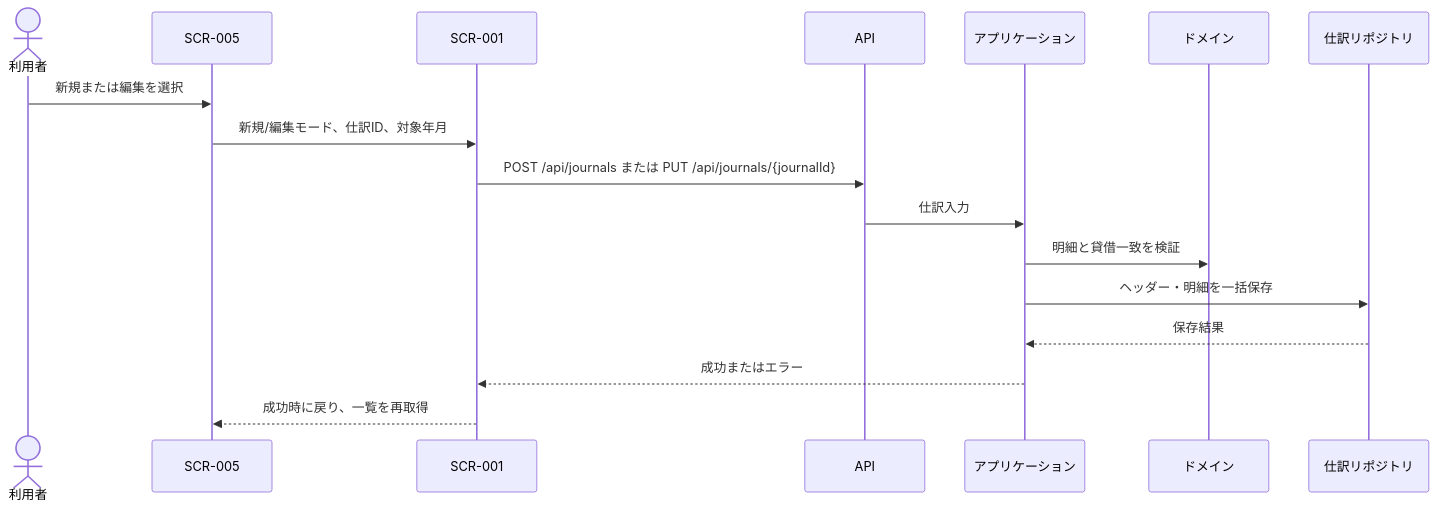
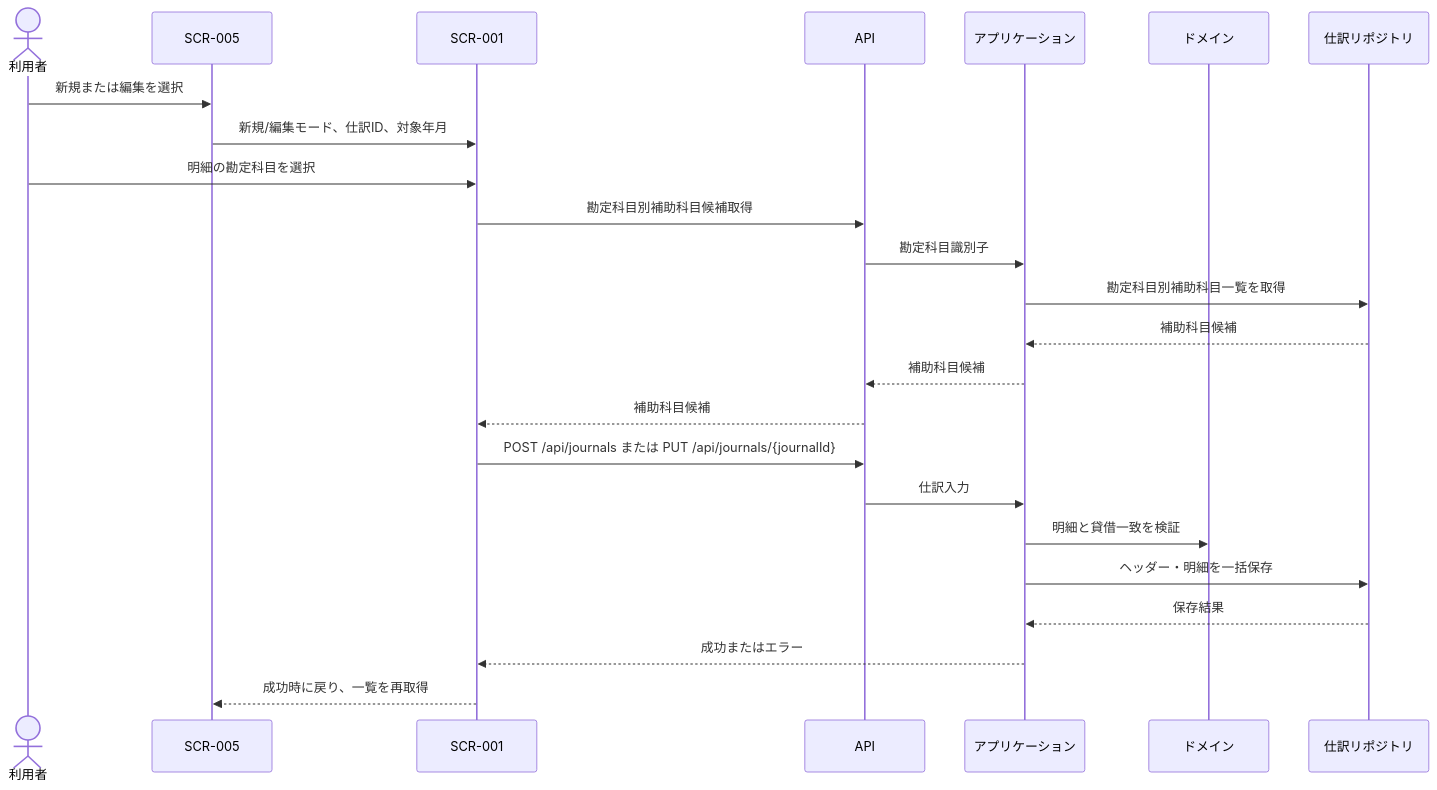
One commit to akichko/aidevtemplate changed the diagram in docs/design/application/DES-APP-004-journal-entry.md. Above: the diagram before and after it, drawn with Mermaid. The commit also changed other lines of this file and 29 other files, not shown here.

````diff
--- a/docs/design/application/DES-APP-004-journal-entry.md
+++ b/docs/design/application/DES-APP-004-journal-entry.md
@@ -67,19 +72,26 @@
 ```mermaid
 sequenceDiagram
     actor 利用者
     participant 一覧 as SCR-005
     participant 入力 as SCR-001
     participant API
     participant 機能 as アプリケーション
     participant ドメイン
     participant 保存 as 仕訳リポジトリ
     利用者->>一覧: 新規または編集を選択
     一覧->>入力: 新規/編集モード、仕訳ID、対象年月
+    利用者->>入力: 明細の勘定科目を選択
+    入力->>API: 勘定科目別補助科目候補取得
+    API->>機能: 勘定科目識別子
+    機能->>保存: 勘定科目別補助科目一覧を取得
+    保存-->>機能: 補助科目候補
+    機能-->>API: 補助科目候補
+    API-->>入力: 補助科目候補
     入力->>API: POST /api/journals または PUT /api/journals/{journalId}
     API->>機能: 仕訳入力
     機能->>ドメイン: 明細と貸借一致を検証
     機能->>保存: ヘッダー・明細を一括保存
     保存-->>機能: 保存結果
     機能-->>入力: 成功またはエラー
     入力-->>一覧: 成功時に戻り、一覧を再取得
 ```
````
